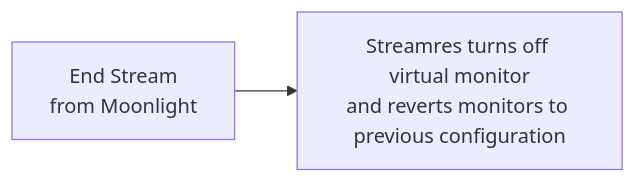
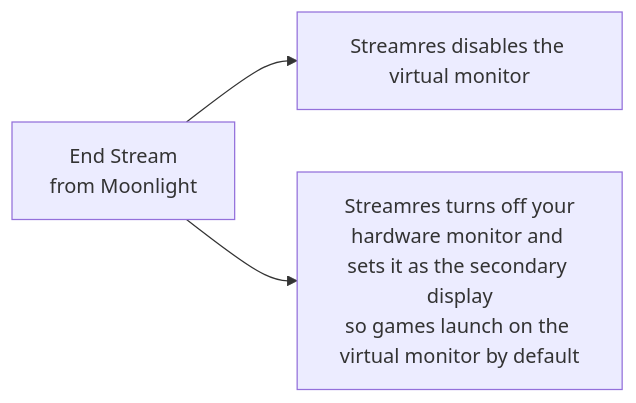
One commit to jt28828/streamres changed the second of 2 diagrams in README.md. Above: the diagram before and after it, drawn with Mermaid. The commit also changed other lines of this file and 13 other files, not shown here.

````diff
--- a/README.md
+++ b/README.md
@@ -49,7 +85,9 @@
 ```mermaid
 flowchart LR
     start[End Stream 
     from Moonlight] -->
-tool[Streamres turns off virtual monitor
-and reverts monitors to previous configuration]
+virtual[Streamres disables the virtual monitor]
+start --> hardware[Streamres turns off your
+hardware monitor and sets it as the secondary display
+so games launch on the virtual monitor by default]
 ```
````
